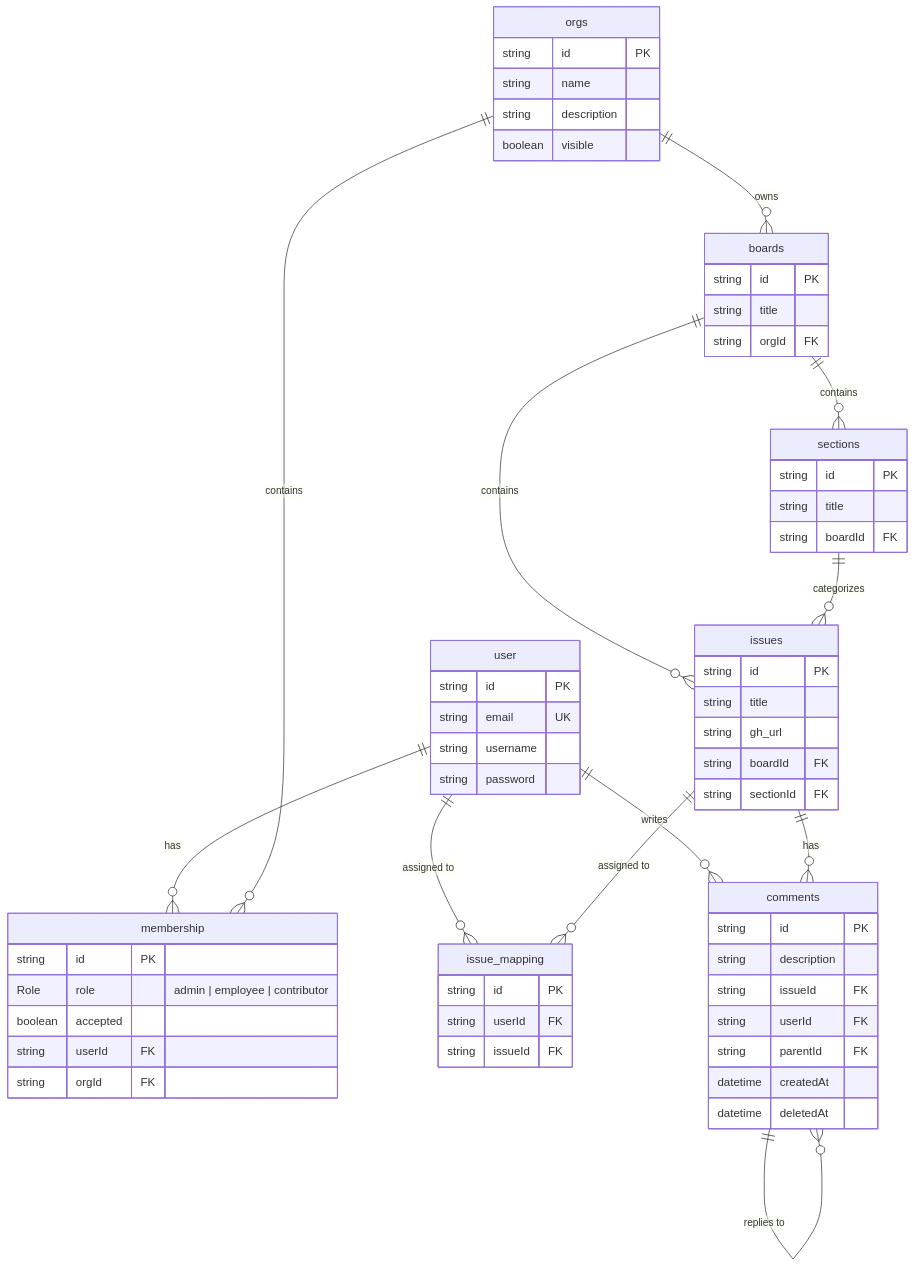
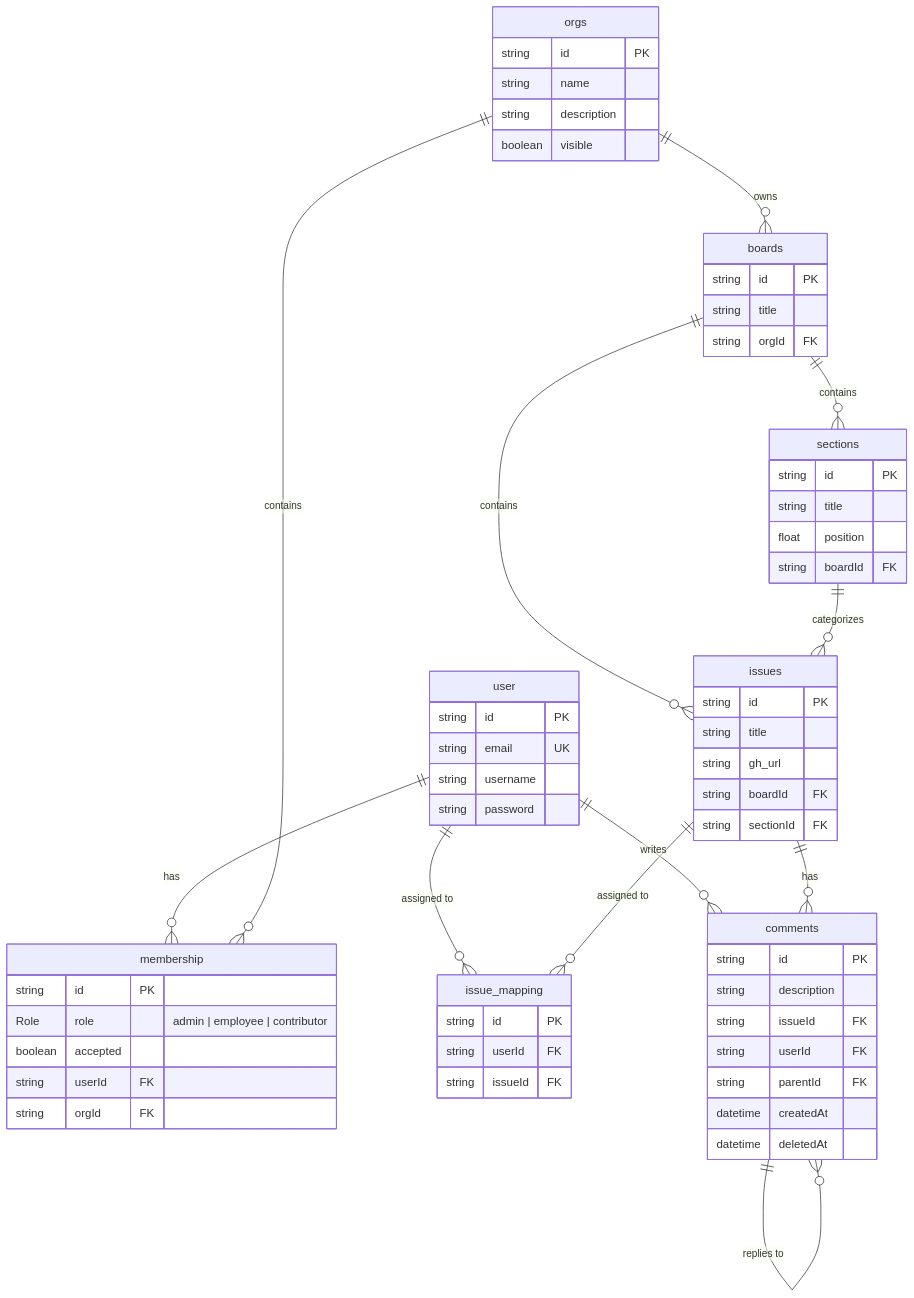
Before and after one commit to Deepcode007/trello: the diagram in README.md, drawn with Mermaid. The commit also changed other lines of this file and 143 other files, not shown here.

````diff
--- a/README.md
+++ b/README.md
@@ -92,77 +111,78 @@
 ```mermaid
 erDiagram
     user ||--o{ membership : "has"
     user ||--o{ issue_mapping : "assigned to"
     user ||--o{ comments : "writes"
 
     orgs ||--o{ membership : "contains"
     orgs ||--o{ boards : "owns"
 
     boards ||--o{ sections : "contains"
     boards ||--o{ issues : "contains"
 
     sections ||--o{ issues : "categorizes"
 
     issues ||--o{ issue_mapping : "assigned to"
     issues ||--o{ comments : "has"
 
     comments ||--o{ comments : "replies to"
 
     user {
         string id PK
         string email UK
         string username
         string password
     }
 
     orgs {
         string id PK
         string name
         string description
         boolean visible
     }
 
     membership {
         string id PK
         Role role "admin | employee | contributor"
         boolean accepted
         string userId FK
         string orgId FK
     }
 
     boards {
         string id PK
         string title
         string orgId FK
     }
 
     sections {
         string id PK
         string title
+        float position
         string boardId FK
     }
 
     issues {
         string id PK
         string title
         string gh_url
         string boardId FK
         string sectionId FK
     }
 
     issue_mapping {
         string id PK
         string userId FK
         string issueId FK
     }
 
     comments {
         string id PK
         string description
         string issueId FK
         string userId FK
         string parentId FK
         datetime createdAt
         datetime deletedAt
     }
 ```
````
